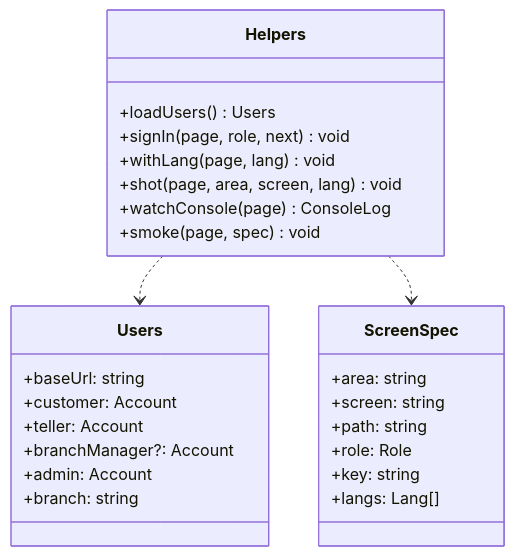
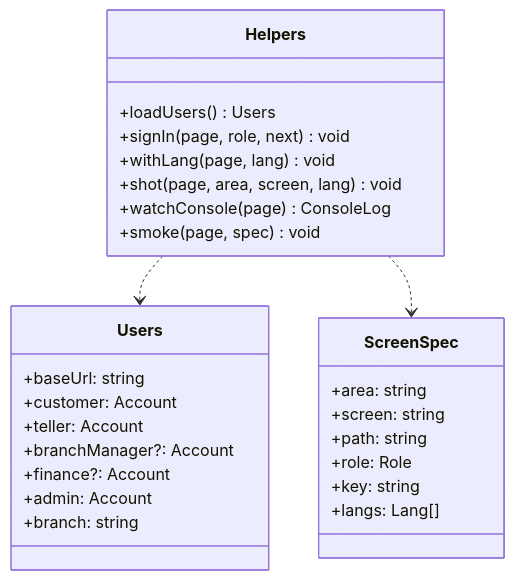
One commit to yuthstyle88/xchange-dev changed the diagram in docs/design/qa-e2e.md. Above: the diagram before and after it, drawn with Mermaid. The commit also changed other lines of this file, not shown here.

Commit message:
fix(review): qa-e2e F3 funds the safe and has the manager verify; seed now has branchManager and finance (#564)

````diff
--- a/docs/design/qa-e2e.md
+++ b/docs/design/qa-e2e.md
@@ -47,29 +47,30 @@
 ```mermaid
 classDiagram
   class Users {
     +baseUrl: string
     +customer: Account
     +teller: Account
     +branchManager?: Account
+    +finance?: Account
     +admin: Account
     +branch: string
   }
   class Helpers {
     +loadUsers() Users
     +signIn(page, role, next) void
     +withLang(page, lang) void
     +shot(page, area, screen, lang) void
     +watchConsole(page) ConsoleLog
     +smoke(page, spec) void
   }
   class ScreenSpec {
     +area: string
     +screen: string
     +path: string
     +role: Role
     +key: string
     +langs: Lang[]
   }
   Helpers ..> Users
   Helpers ..> ScreenSpec
 ```
````
